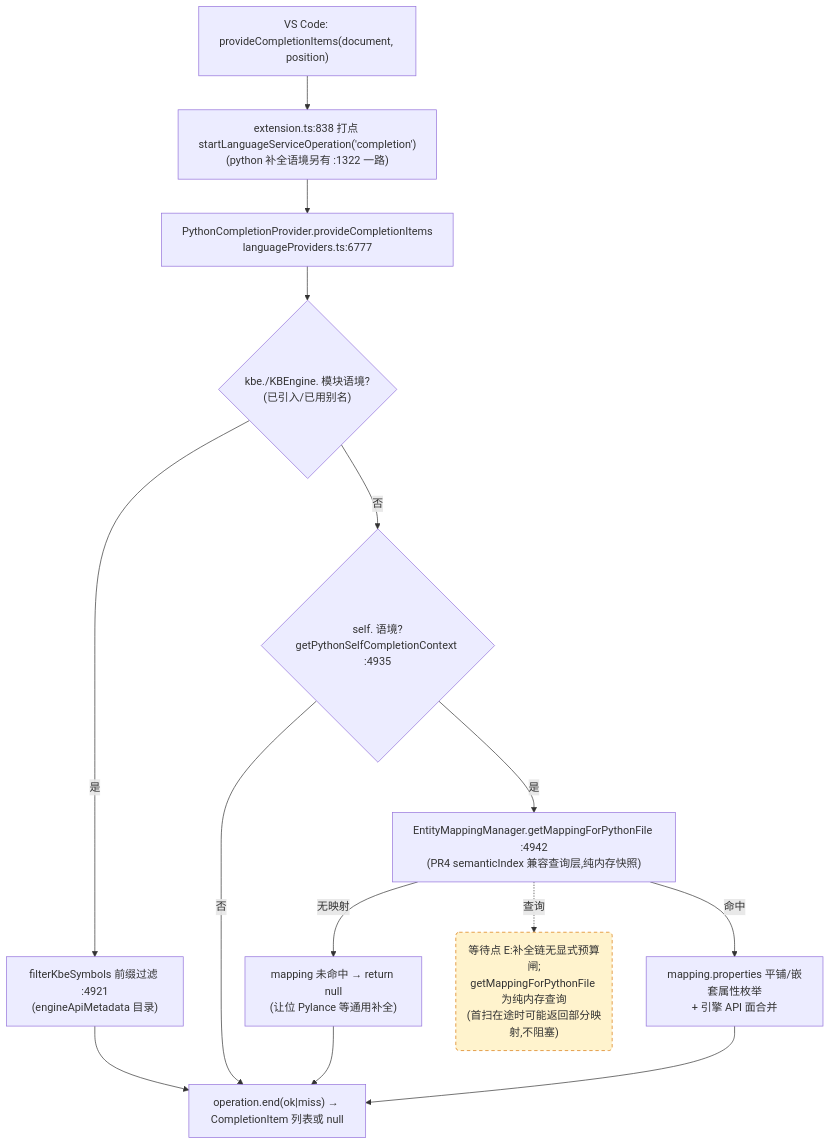
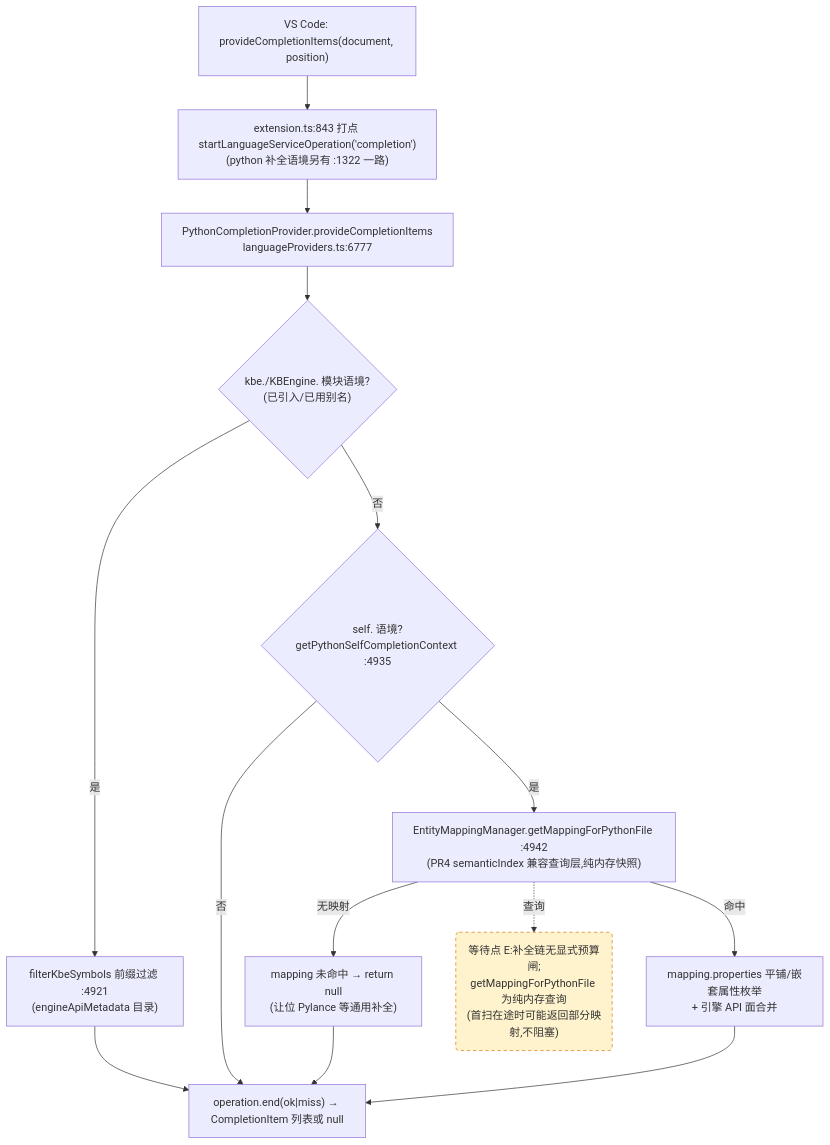
The third of 4 diagrams in docs/perf/2026-baseline.md (cuihairu/kode), drawn with Mermaid before and after one commit. The commit also changed other lines of this file and 10 other files, not shown here.

````diff
--- a/docs/perf/2026-baseline.md
+++ b/docs/perf/2026-baseline.md
@@ -184,27 +184,27 @@
 ```mermaid
 flowchart TD
   VC3["VS Code: provideCompletionItems(document, position)"]
-  M3["extension.ts:838 打点 startLanguageServiceOperation('completion')<br/>(python 补全语境另有 :1322 一路)"]
+  M3["extension.ts:843 打点 startLanguageServiceOperation('completion')<br/>(python 补全语境另有 :1322 一路)"]
   CP["PythonCompletionProvider.provideCompletionItems<br/>languageProviders.ts:6777"]
   KBEC{"kbe./KBEngine. 模块语境?<br/>(已引入/已用别名)"}
   FILTER["filterKbeSymbols 前缀过滤 :4921<br/>(engineApiMetadata 目录)"]
   SELFC{"self. 语境?<br/>getPythonSelfCompletionContext :4935"}
   MAP["EntityMappingManager.getMappingForPythonFile :4942<br/>(PR4 semanticIndex 兼容查询层,纯内存快照)"]
   NOMAP["mapping 未命中 → return null<br/>(让位 Pylance 等通用补全)"]
   PROPS["mapping.properties 平铺/嵌套属性枚举<br/>+ 引擎 API 面合并"]
   END3["operation.end(ok|miss) → CompletionItem 列表或 null"]
 
   VC3 --> M3 --> CP --> KBEC
   KBEC -- "是" --> FILTER --> END3
   KBEC -- "否" --> SELFC
   SELFC -- "否" --> END3
   SELFC -- "是" --> MAP
   MAP -- "无映射" --> NOMAP --> END3
   MAP -- "命中" --> PROPS --> END3
 
   WAITE("等待点 E:补全链无显式预算闸;<br/>getMappingForPythonFile 为纯内存查询<br/>(首扫在途时可能返回部分映射,不阻塞)")
   MAP -.->|查询| WAITE
 
   classDef waitPoint fill:#fff3cd,stroke:#d97706,stroke-dasharray:5 4;
   class WAITE waitPoint;
 ```
````
